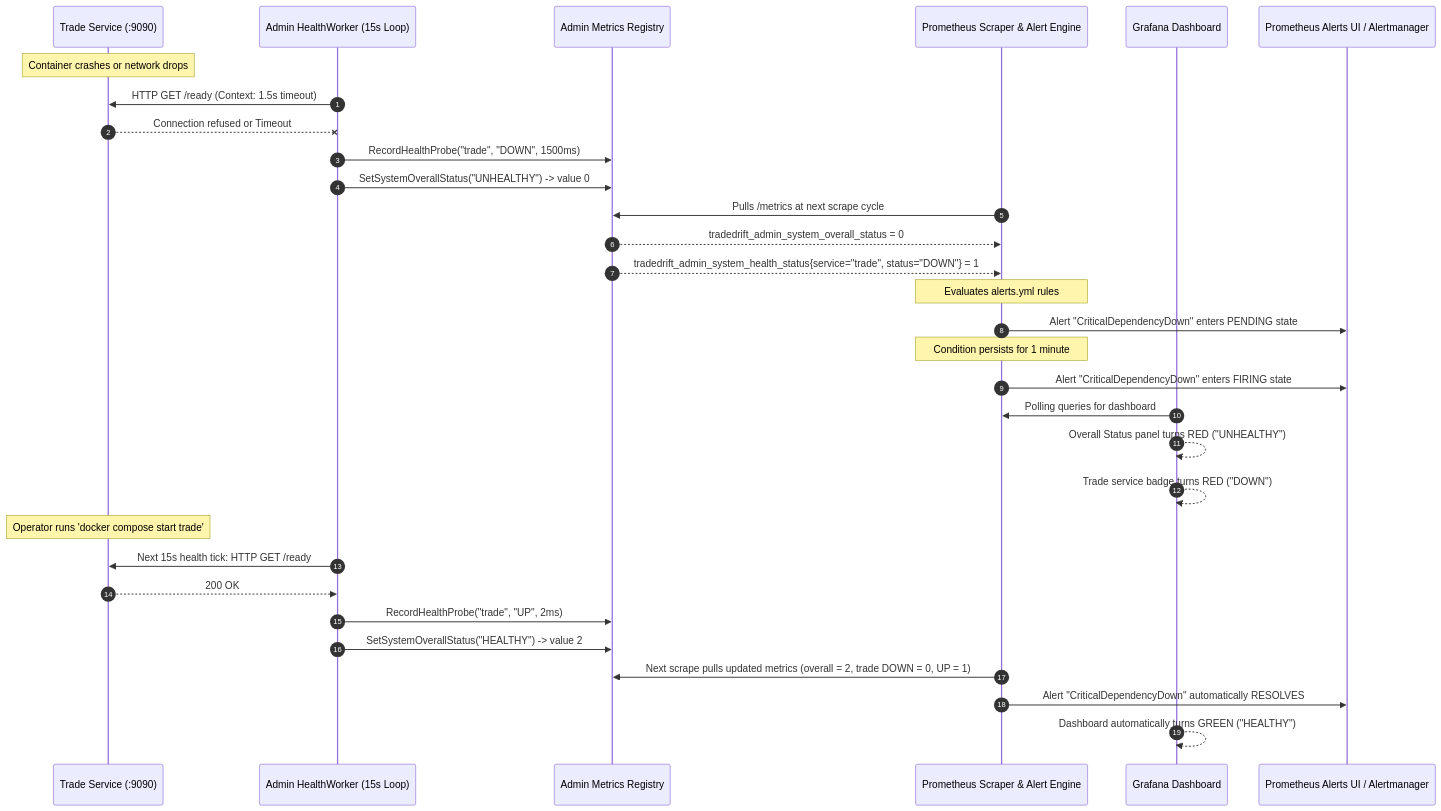
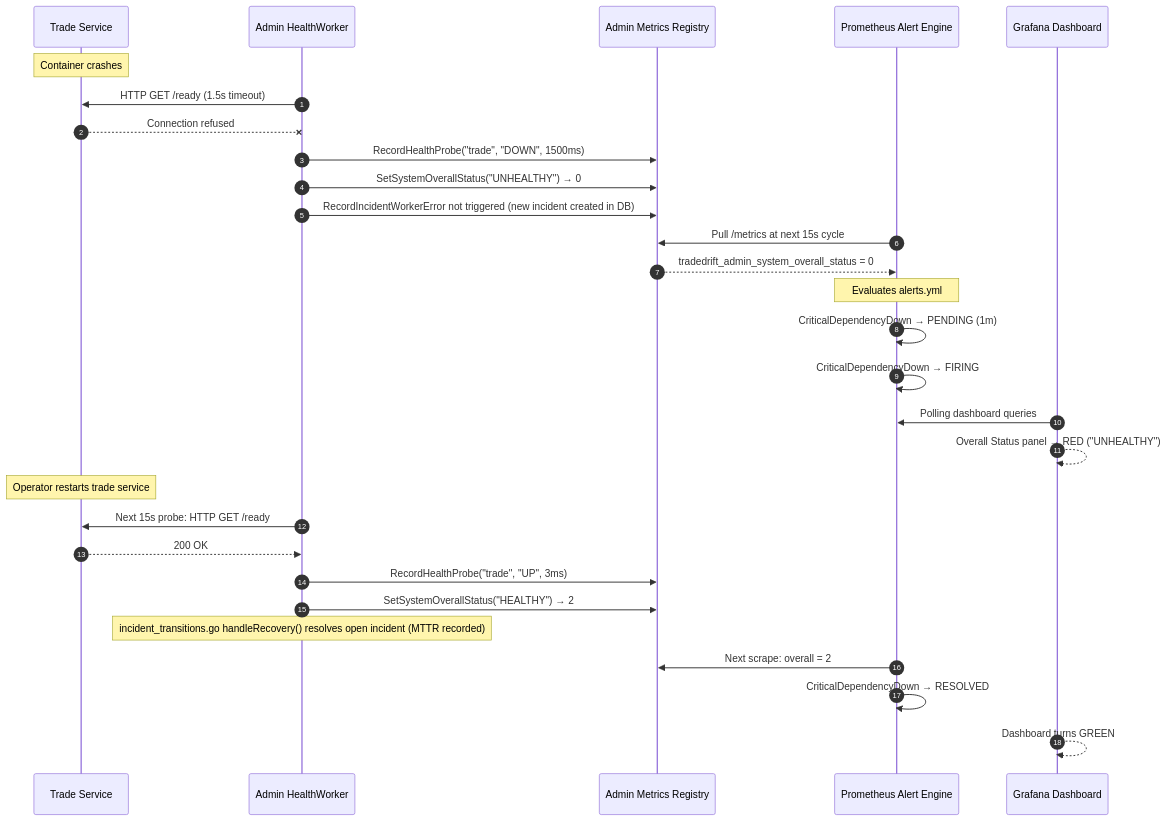
The third of 3 diagrams in monitoring/README.md (akhilbabu26/tradedrift), drawn with Mermaid before and after one commit. The commit also changed other lines of this file and 34 other files, not shown here.

Commit message:
admin service phase 3 complete

````diff
--- a/monitoring/README.md
+++ b/monitoring/README.md
@@ -271,39 +251,36 @@
 ```mermaid
 sequenceDiagram
     autonumber
-    participant Downstream as Trade Service (:9090)
-    participant HW as Admin HealthWorker (15s Loop)
+    participant Downstream as Trade Service
+    participant HW as Admin HealthWorker
     participant Metrics as Admin Metrics Registry
-    participant Prom as Prometheus Scraper & Alert Engine
+    participant Prom as Prometheus Alert Engine
     participant Grafana as Grafana Dashboard
-    participant Alert as Prometheus Alerts UI / Alertmanager
 
-    Note over Downstream: Container crashes or network drops
-    HW->>Downstream: HTTP GET /ready (Context: 1.5s timeout)
-    Downstream--XHW: Connection refused or Timeout
+    Note over Downstream: Container crashes
+    HW->>Downstream: HTTP GET /ready (1.5s timeout)
+    Downstream--XHW: Connection refused
     HW->>Metrics: RecordHealthProbe("trade", "DOWN", 1500ms)
-    HW->>Metrics: SetSystemOverallStatus("UNHEALTHY") -> value 0
+    HW->>Metrics: SetSystemOverallStatus("UNHEALTHY") → 0
+    HW->>Metrics: RecordIncidentWorkerError not triggered (new incident created in DB)
 
-    Prom->>Metrics: Pulls /metrics at next scrape cycle
+    Prom->>Metrics: Pull /metrics at next 15s cycle
     Metrics-->>Prom: tradedrift_admin_system_overall_status = 0
-    Metrics-->>Prom: tradedrift_admin_system_health_status{service="trade", status="DOWN"} = 1
+    Note over Prom: Evaluates alerts.yml
+    Prom->>Prom: CriticalDependencyDown → PENDING (1m)
+    Prom->>Prom: CriticalDependencyDown → FIRING
 
-    Note over Prom: Evaluates alerts.yml rules
-    Prom->>Alert: Alert "CriticalDependencyDown" enters PENDING state
-    Note over Prom: Condition persists for 1 minute
-    Prom->>Alert: Alert "CriticalDependencyDown" enters FIRING state
+    Grafana->>Prom: Polling dashboard queries
+    Grafana-->>Grafana: Overall Status panel → RED ("UNHEALTHY")
 
-    Grafana->>Prom: Polling queries for dashboard
-    Grafana-->>Grafana: Overall Status panel turns RED ("UNHEALTHY")
-    Grafana-->>Grafana: Trade service badge turns RED ("DOWN")
+    Note over Downstream: Operator restarts trade service
+    HW->>Downstream: Next 15s probe: HTTP GET /ready
+    Downstream-->>HW: 200 OK
+    HW->>Metrics: RecordHealthProbe("trade", "UP", 3ms)
+    HW->>Metrics: SetSystemOverallStatus("HEALTHY") → 2
+    Note over HW: incident_transitions.go handleRecovery() resolves open incident (MTTR recorded)
 
-    Note over Downstream: Operator runs 'docker compose start trade'
-    HW->>Downstream: Next 15s health tick: HTTP GET /ready
-    Downstream-->>HW: 200 OK
-    HW->>Metrics: RecordHealthProbe("trade", "UP", 2ms)
-    HW->>Metrics: SetSystemOverallStatus("HEALTHY") -> value 2
-
-    Prom->>Metrics: Next scrape pulls updated metrics (overall = 2, trade DOWN = 0, UP = 1)
-    Prom->>Alert: Alert "CriticalDependencyDown" automatically RESOLVES
-    Grafana-->>Grafana: Dashboard automatically turns GREEN ("HEALTHY")
+    Prom->>Metrics: Next scrape: overall = 2
+    Prom->>Prom: CriticalDependencyDown → RESOLVED
+    Grafana-->>Grafana: Dashboard turns GREEN
 ```
````
